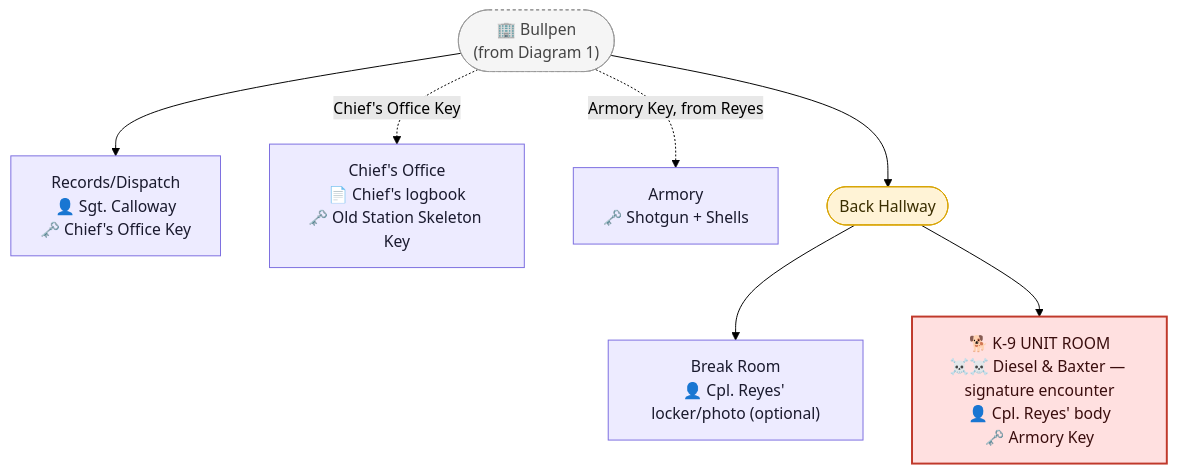
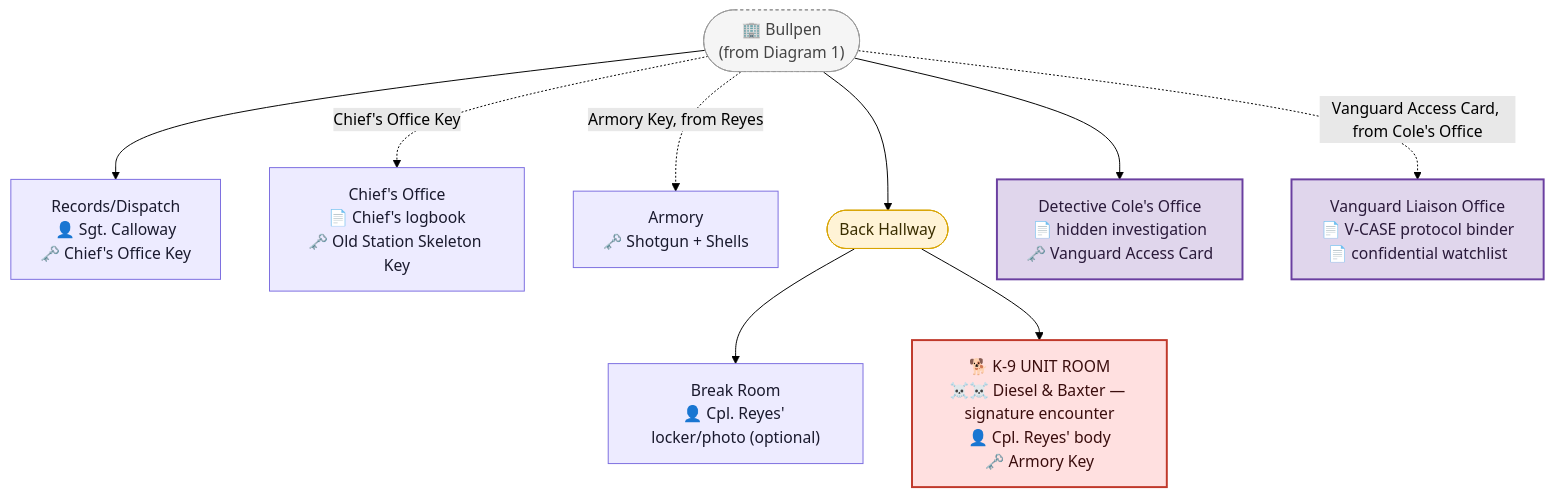
Before and after one commit to GIToez/Deadlock-Design: the second of 6 diagrams in DESIGN/Locations/Police_Station.md, drawn with Mermaid (forest theme). The commit also changed other lines of this file and 13 other files, not shown here.

````diff
--- a/DESIGN/Locations/Police_Station.md
+++ b/DESIGN/Locations/Police_Station.md
@@ -291,26 +371,32 @@
 ```mermaid
 flowchart TD
     BULLPENREF(["🏢 Bullpen<br/>(from Diagram 1)"])
     DISPATCH["Records/Dispatch<br/>👤 Sgt. Calloway<br/>🗝️ Chief's Office Key"]
     CHIEF["Chief's Office<br/>📄 Chief's logbook<br/>🗝️ Old Station Skeleton Key"]
     BREAK["Break Room<br/>👤 Cpl. Reyes' locker/photo (optional)"]
     K9ROOM["🐕 K-9 UNIT ROOM<br/>☠️☠️ Diesel & Baxter — signature encounter<br/>👤 Cpl. Reyes' body<br/>🗝️ Armory Key"]
     ARMORY["Armory<br/>🗝️ Shotgun + Shells"]
     BACKHALL(["Back Hallway"])
+    COLE["Detective Cole's Office<br/>📄 hidden investigation<br/>🗝️ Vanguard Access Card"]
+    VLIAISON["Vanguard Liaison Office<br/>📄 V-CASE protocol binder<br/>📄 confidential watchlist"]
 
     BULLPENREF --> DISPATCH
     BULLPENREF -. Chief's Office Key .-> CHIEF
     BULLPENREF --> BACKHALL
     BACKHALL --> BREAK
     BACKHALL --> K9ROOM
     BULLPENREF -. Armory Key, from Reyes .-> ARMORY
+    BULLPENREF --> COLE
+    BULLPENREF -. Vanguard Access Card, from Cole's Office .-> VLIAISON
 
     classDef room fill:#EDEBFF,stroke:#7C6EE0,color:#1a1a2e
     classDef hallway fill:#FFF3D6,stroke:#D9A404,color:#3a2e00
     classDef boss fill:#FFE0E0,stroke:#C0392B,color:#3a0d0d,stroke-width:2px
     classDef ref fill:#F5F5F5,stroke:#999999,color:#444444,stroke-dasharray:3 3
+    classDef vanguard fill:#E0D6EC,stroke:#6A3FA0,color:#2a1a3a,stroke-width:2px
     class BULLPENREF ref
     class BACKHALL hallway
     class DISPATCH,CHIEF,BREAK,ARMORY room
     class K9ROOM boss
+    class COLE,VLIAISON vanguard
 ```
````
